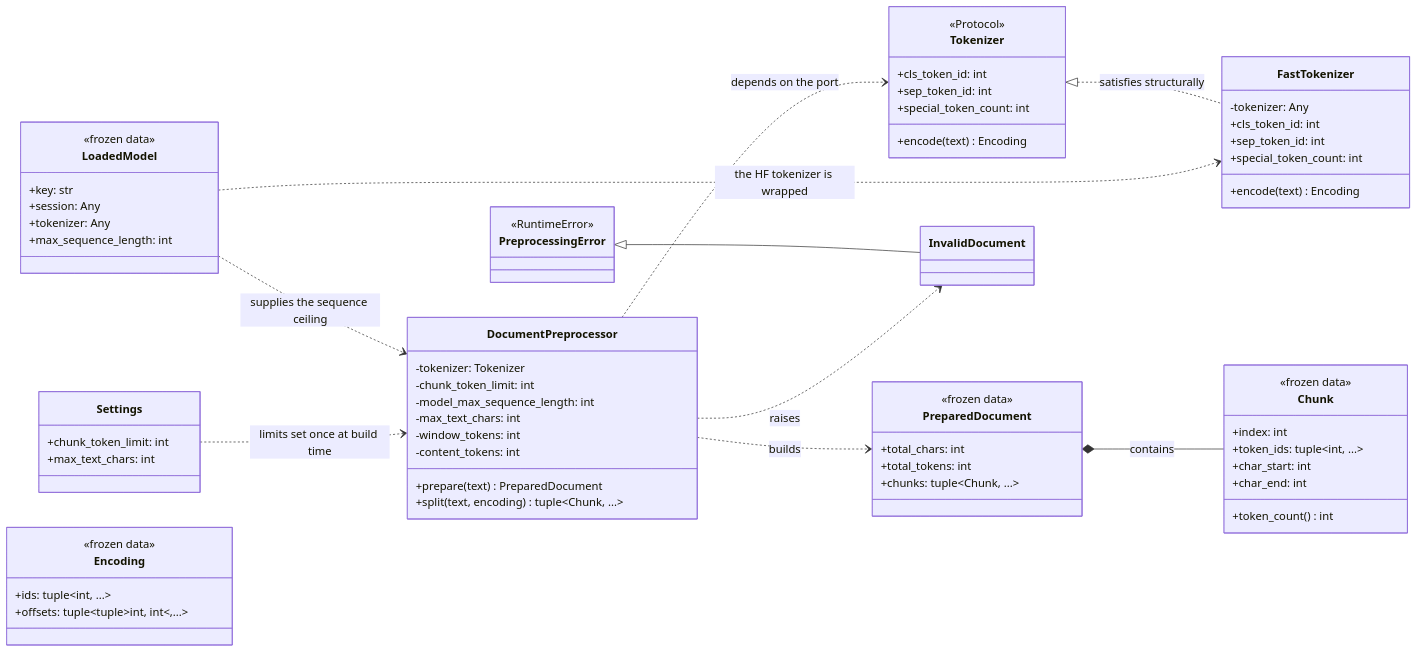
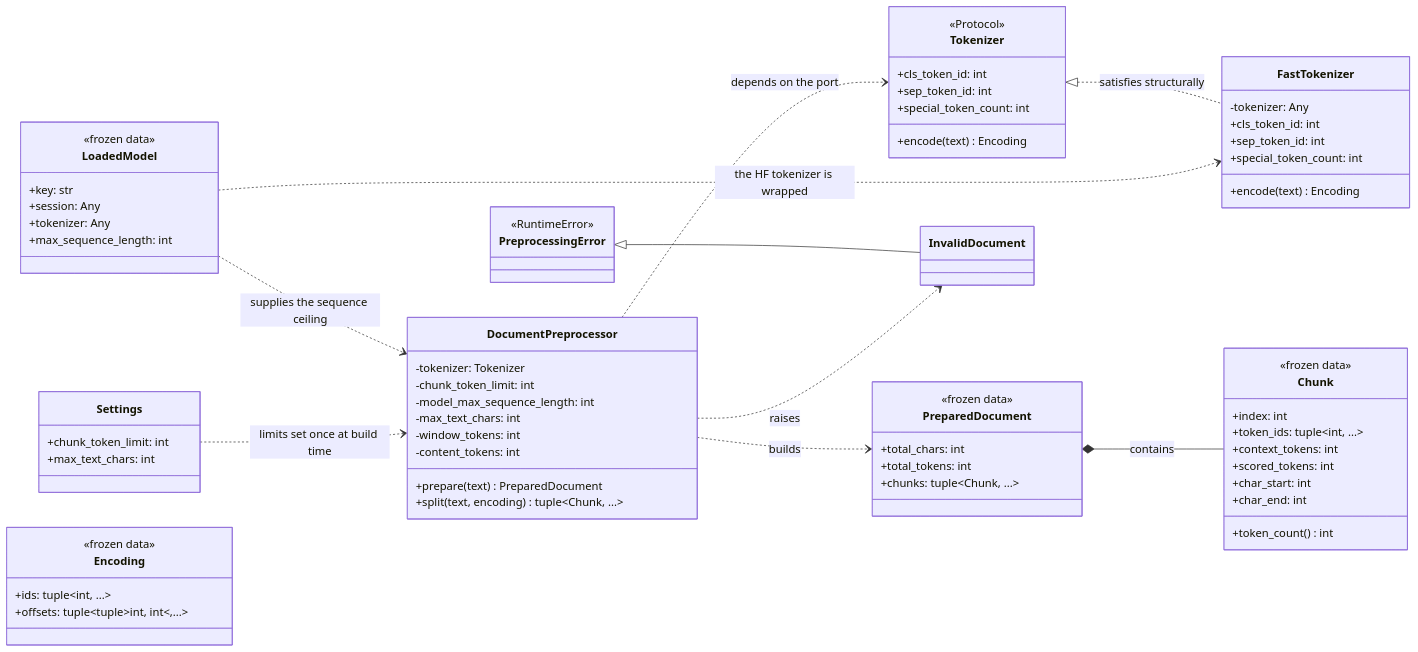
Before and after one commit to kunalPisolkar24/detectAI: the first of 7 diagrams in services/inference/specifications/references/inference-preprocessing.md, drawn with Mermaid. The commit also changed other lines of this file and 16 other files, not shown here.

```diff
--- a/services/inference/specifications/references/inference-preprocessing.md
+++ b/services/inference/specifications/references/inference-preprocessing.md
@@ -386,6 +393,8 @@
         <<frozen data>>
         +index: int
         +token_ids: tuple~int, ...~
+        +context_tokens: int
+        +scored_tokens: int
         +char_start: int
         +char_end: int
         +token_count() int
```
